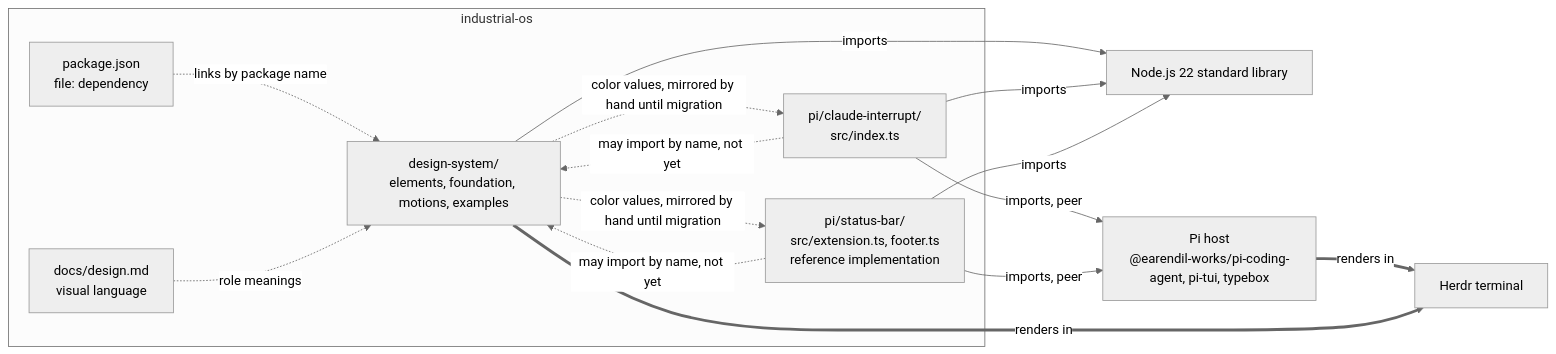
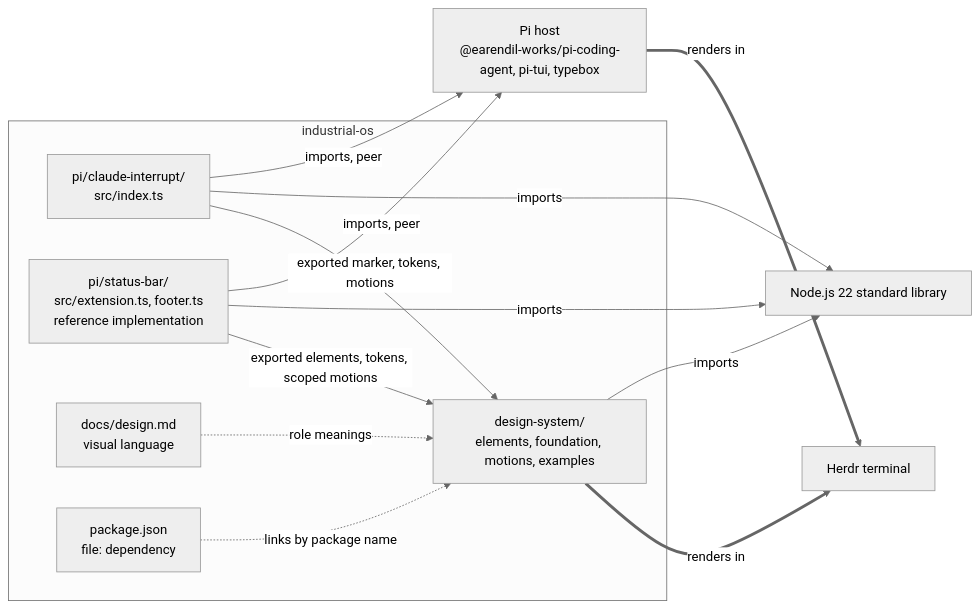
Before and after one commit to jigenator/industrial-os: the diagram in docs/architecture.md, drawn with Mermaid (neutral theme). The commit also changed other lines of this file and 8 other files, not shown here.

````diff
--- a/docs/architecture.md
+++ b/docs/architecture.md
@@ -22,27 +22,25 @@
 ```mermaid
 flowchart LR
     subgraph repo["industrial-os"]
         DS["design-system/<br/>elements, foundation, motions, examples"]
         CI["pi/claude-interrupt/<br/>src/index.ts"]
         SB["pi/status-bar/<br/>src/extension.ts, footer.ts<br/>reference implementation"]
         Design["docs/design.md<br/>visual language"]
         Root["package.json<br/>file: dependency"]
     end
     Node["Node.js 22 standard library"]
     PiHost["Pi host<br/>@earendil-works/pi-coding-agent, pi-tui, typebox"]
     Herdr["Herdr terminal"]
 
     DS -->|imports| Node
     CI -->|imports, peer| PiHost
     CI -->|imports| Node
     SB -->|imports, peer| PiHost
     SB -->|imports| Node
     PiHost ==>|renders in| Herdr
     DS ==>|renders in| Herdr
     Root -.->|links by package name| DS
-    CI -.->|may import by name, not yet| DS
-    SB -.->|may import by name, not yet| DS
+    CI -->|exported marker, tokens, motions| DS
+    SB -->|exported elements, tokens, scoped motions| DS
     Design -.->|role meanings| DS
-    DS -.->|color values, mirrored by hand until migration| CI
-    DS -.->|color values, mirrored by hand until migration| SB
 ```
````
